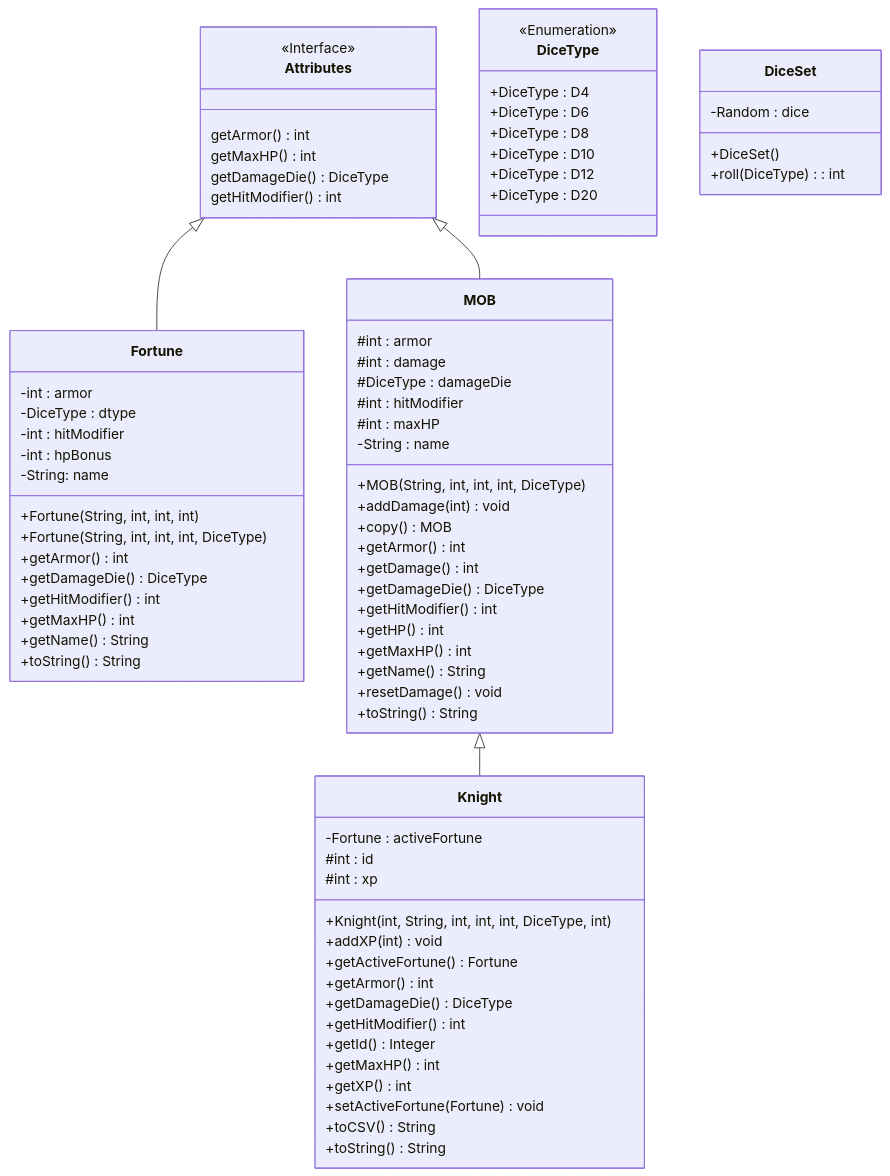
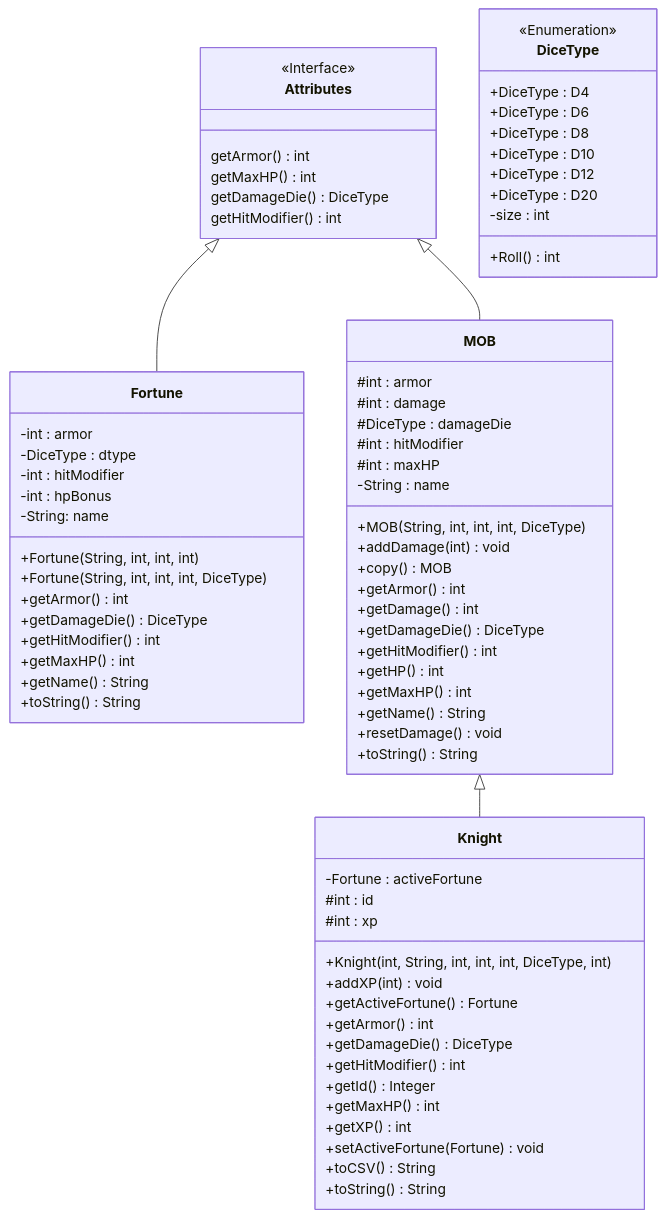
Before and after one commit to CSU-CompSci-CS163-4/PracticalOptionKnightFight: the first of 3 diagrams in uml.md, drawn with Mermaid. The commit also changed other lines of this file, not shown here.

Commit message:
Update uml.md
Removed DiceSet and updated DiceType to use an internal Random variable for rolling

````diff
--- a/uml.md
+++ b/uml.md
@@ -3,80 +3,77 @@
 ```mermaid
 classDiagram
 Attributes <|-- Fortune
 Attributes <|-- MOB
 MOB <|-- Knight
 
 class Attributes {
     <<Interface>>
     getArmor() int
     getMaxHP() int
     getDamageDie() DiceType
     getHitModifier() int
 }
 class DiceType{
     <<Enumeration>>
     +DiceType : D4
     +DiceType : D6
     +DiceType : D8
     +DiceType : D10
     +DiceType : D12
     +DiceType : D20
-}
-class DiceSet{
-    -Random : dice
-    +DiceSet()
-    +roll(DiceType): int
+    -size : int
+    +Roll() int
 }
 class Fortune {
     -int : armor
     -DiceType : dtype
     -int : hitModifier
     -int : hpBonus
     -String: name
     +Fortune(String, int, int, int)
     +Fortune(String, int, int, int, DiceType)
     +getArmor() int
     +getDamageDie() DiceType
     +getHitModifier() int
     +getMaxHP() int
     +getName() String
     +toString() String
 }
 class Knight {
     -Fortune : activeFortune
     #int : id
     #int : xp
     +Knight(int, String, int, int, int, DiceType, int)
     +addXP(int) void
     +getActiveFortune() Fortune
     +getArmor() int
     +getDamageDie() DiceType
     +getHitModifier() int
     +getId() Integer
     +getMaxHP() int
     +getXP() int
     +setActiveFortune(Fortune) void
     +toCSV() String
     +toString() String
 }
 class MOB {
     #int : armor
     #int : damage
     #DiceType : damageDie
     #int : hitModifier
     #int : maxHP
     -String : name
     +MOB(String, int, int, int, DiceType)
     +addDamage(int) void
     +copy() MOB
     +getArmor() int
     +getDamage() int
     +getDamageDie() DiceType
     +getHitModifier() int
     +getHP() int
     +getMaxHP() int
     +getName() String
     +resetDamage() void
     +toString() String
 }
 ```
````
